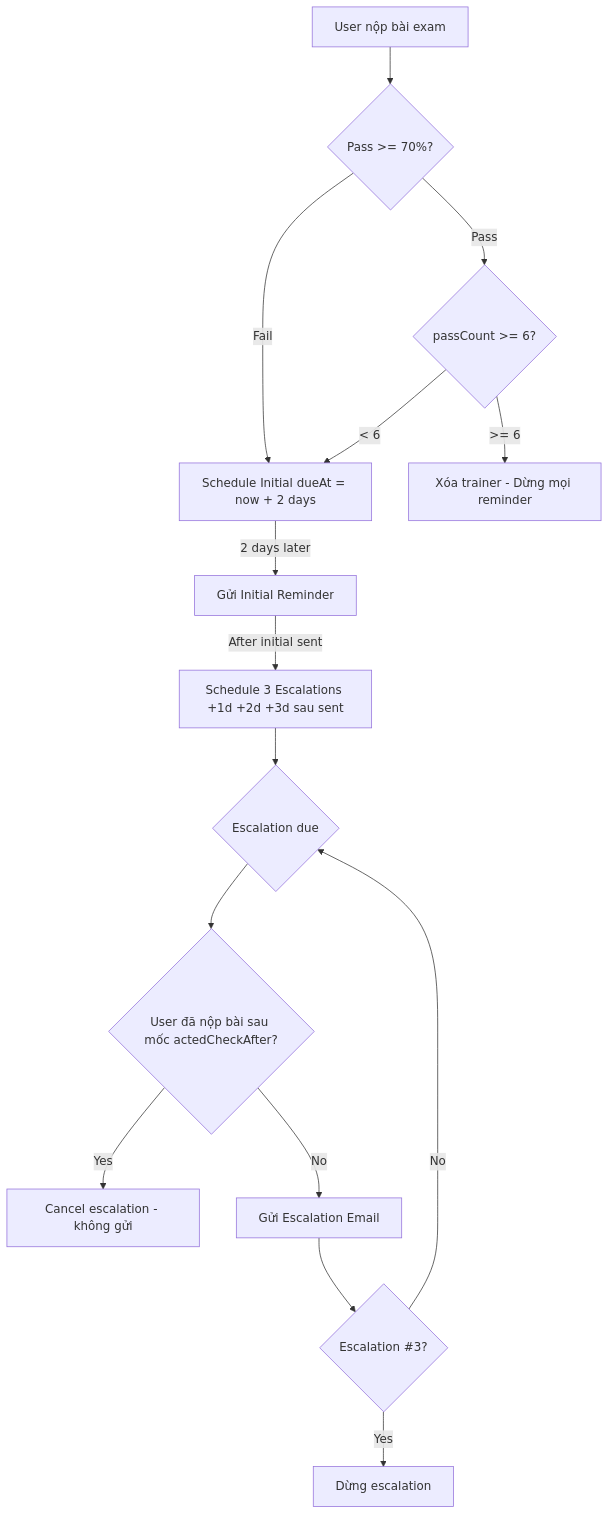
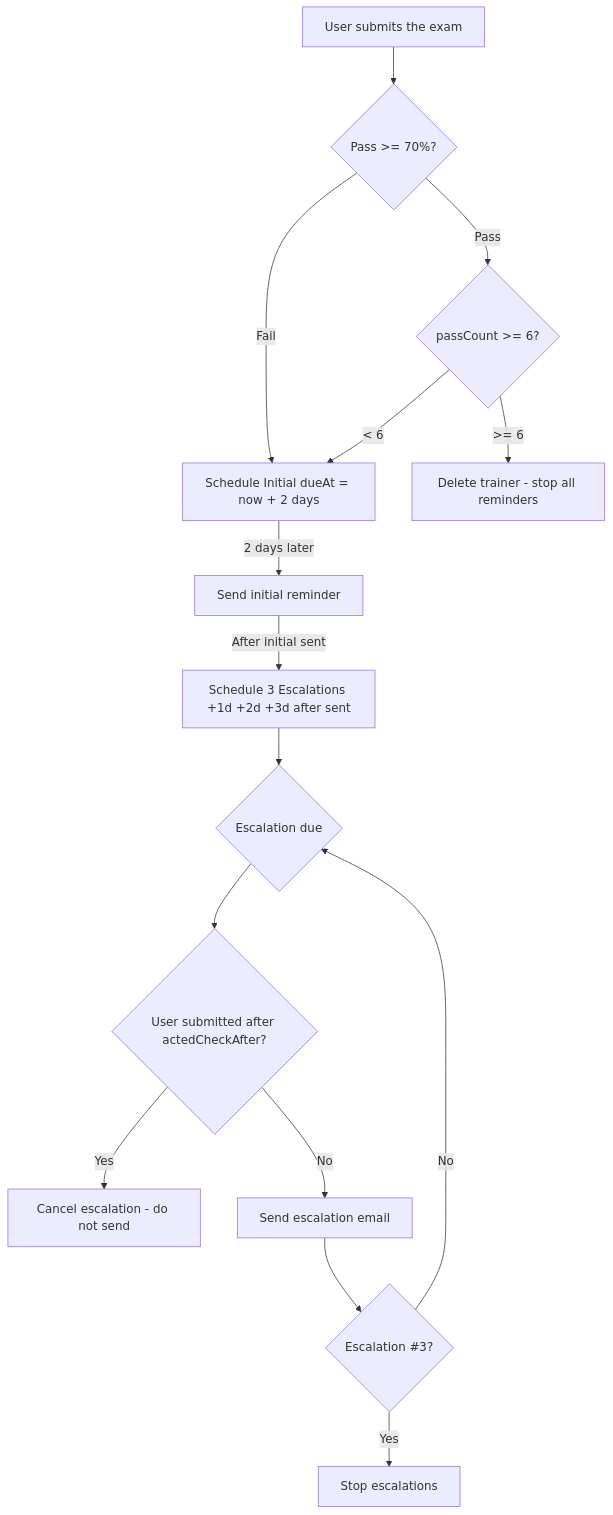
Before and after one commit to ngocxxu/vocab-management-be-2: the second of 5 diagrams in docs/reminder/reminder-mail.md, drawn with Mermaid. The commit also changed other lines of this file and 25 other files, not shown here.

Commit message:
feat: enhance email processor to log skipped reminders and handle cancellations

````diff
--- a/docs/reminder/reminder-mail.md
+++ b/docs/reminder/reminder-mail.md
@@ -100,34 +100,34 @@
 ```mermaid
 flowchart TD
-    exam[User nộp bài exam]
+    exam[User submits the exam]
     eval{Pass >= 70%?}
     pass_count{passCount >= 6?}
-    done[Xóa trainer - Dừng mọi reminder]
+    done[Delete trainer - stop all reminders]
     schedule_initial[Schedule Initial dueAt = now + 2 days]
-    send_initial[Gửi Initial Reminder]
-    schedule_esc[Schedule 3 Escalations +1d +2d +3d sau sent]
+    send_initial[Send initial reminder]
+    schedule_esc[Schedule 3 Escalations +1d +2d +3d after sent]
 
     esc_due{Escalation due}
-    check_acted{User đã nộp bài sau mốc actedCheckAfter?}
-    cancel_esc[Cancel escalation - không gửi]
-    send_esc[Gửi Escalation Email]
+    check_acted{User submitted after actedCheckAfter?}
+    cancel_esc[Cancel escalation - do not send]
+    send_esc[Send escalation email]
     esc_count{Escalation #3?}
-    stop_esc[Dừng escalation]
+    stop_esc[Stop escalations]
 
     exam --> eval
     eval -->|Fail| schedule_initial
     eval -->|Pass| pass_count
     pass_count -->|< 6| schedule_initial
     pass_count -->|>= 6| done
 
     schedule_initial -->|2 days later| send_initial
     send_initial -->|"After initial sent"| schedule_esc
 
     schedule_esc --> esc_due
     esc_due --> check_acted
     check_acted -->|Yes| cancel_esc
     check_acted -->|No| send_esc
     send_esc --> esc_count
     esc_count -->|No| esc_due
     esc_count -->|Yes| stop_esc
 ```
````
